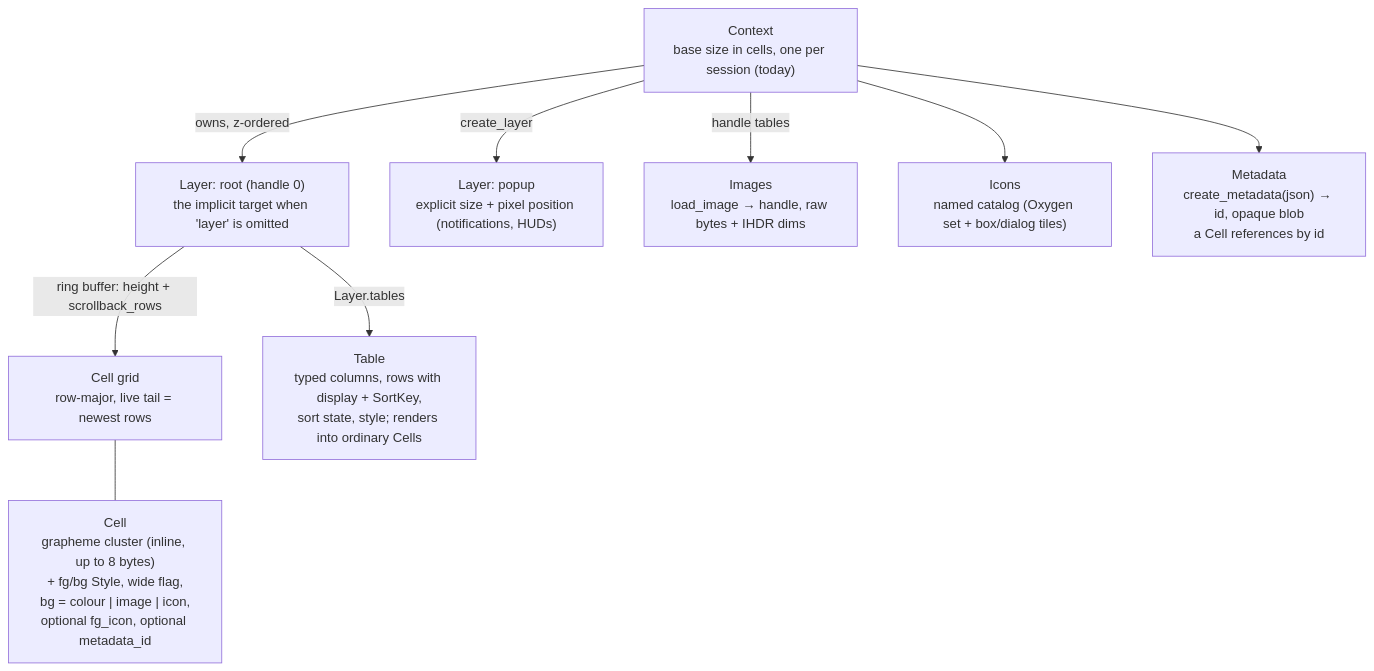
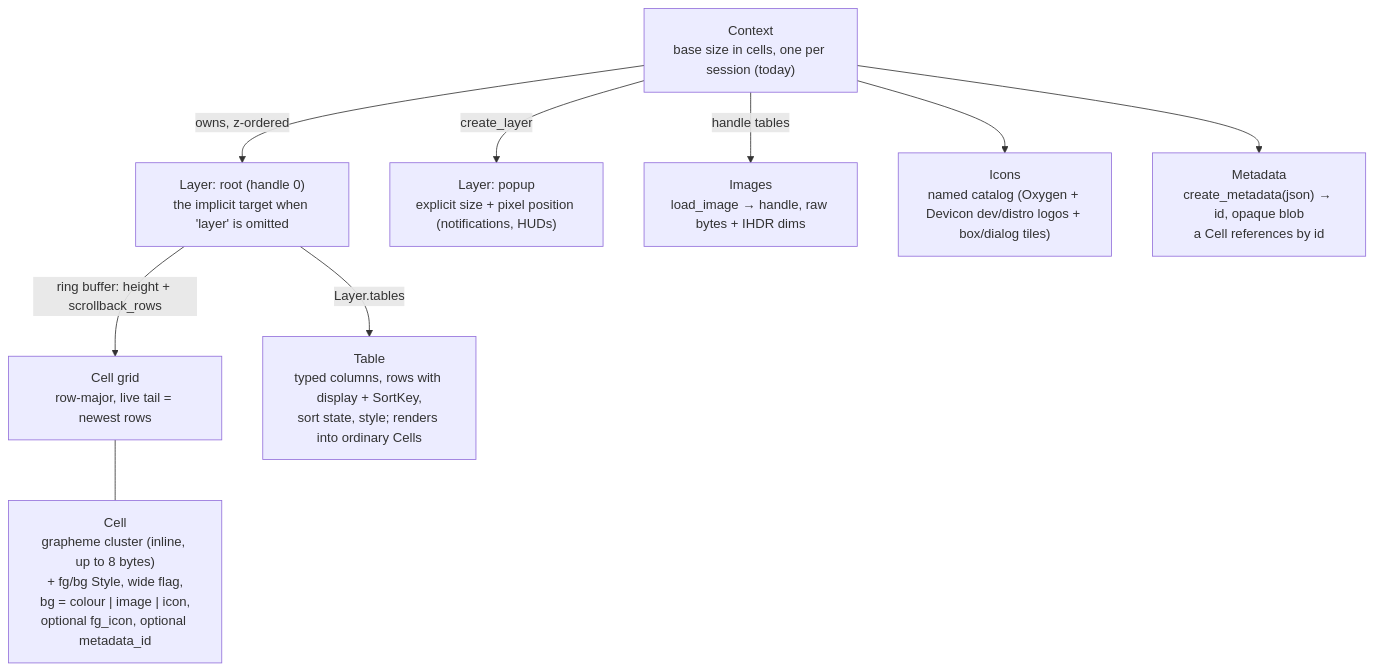
Before and after one commit to srjilarious/glyphwire: the second of 3 diagrams in README.md, drawn with Mermaid. The commit also changed other lines of this file and 71 other files, not shown here.

First line of the commit message:
Switched glyphwire-ls and prompt distro icons to the Devicon set

````diff
--- a/README.md
+++ b/README.md
@@ -84,16 +84,16 @@
 ```mermaid
 flowchart TD
     Context["Context<br/>base size in cells, one per session (today)"]
     Context -->|"owns, z-ordered"| Root["Layer: root (handle 0)<br/>the implicit target when 'layer' is omitted"]
     Context -->|"create_layer"| Popup["Layer: popup<br/>explicit size + pixel position (notifications, HUDs)"]
 
     Root -->|"ring buffer: height + scrollback_rows"| Cells["Cell grid<br/>row-major, live tail = newest rows"]
     Cell["Cell<br/>grapheme cluster (inline, up to 8 bytes)<br/>+ fg/bg Style, wide flag,<br/>bg = colour | image | icon,<br/>optional fg_icon, optional metadata_id"]
     Cells --- Cell
 
     Root -->|"Layer.tables"| Table["Table<br/>typed columns, rows with display + SortKey,<br/>sort state, style; renders into ordinary Cells"]
 
     Context -->|"handle tables"| Images["Images<br/>load_image → handle, raw bytes + IHDR dims"]
-    Context --> Icons["Icons<br/>named catalog (Oxygen set + box/dialog tiles)"]
+    Context --> Icons["Icons<br/>named catalog (Oxygen + Devicon dev/distro logos + box/dialog tiles)"]
     Context --> Meta["Metadata<br/>create_metadata(json) → id, opaque blob<br/>a Cell references by id"]
 ```
````
